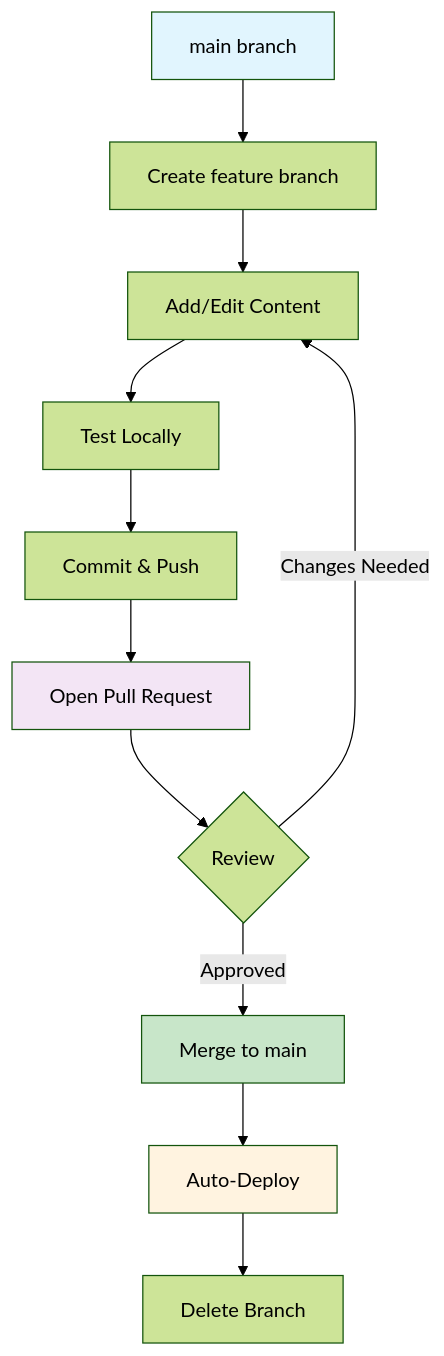
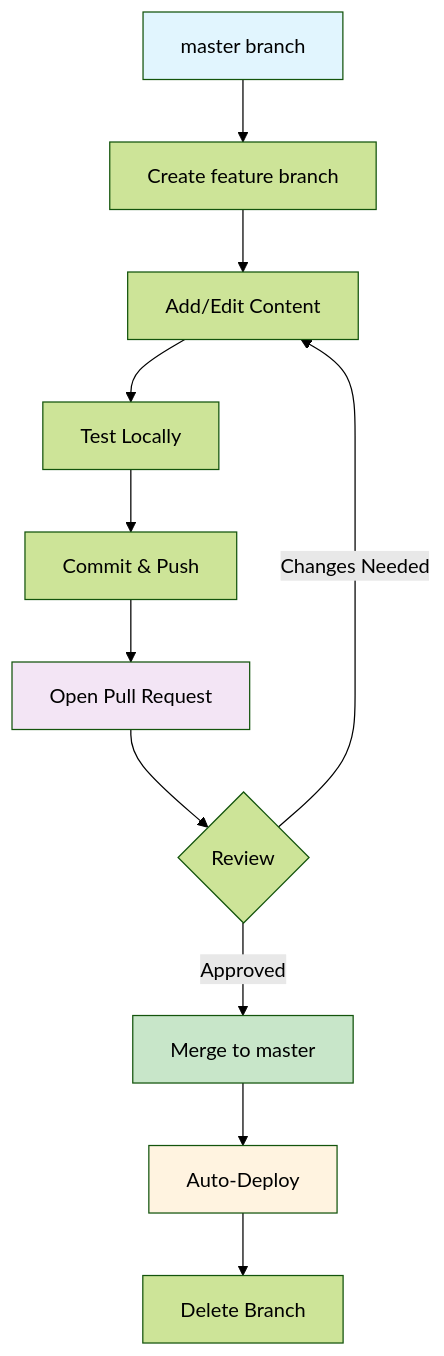
One commit to ECN-Nantrobot/Nantrobot-Knowledge-base changed the diagram in docs/home/Contributing.md. Above: the diagram before and after it, drawn with Mermaid (forest theme). The commit also changed other lines of this file, not shown here.

Commit message:
fix: master instead of main

````diff
--- a/docs/home/Contributing.md
+++ b/docs/home/Contributing.md
@@ -133,18 +133,18 @@
 ```mermaid
 graph TD
-    A[main branch] --> B[Create feature branch]
+    A[master branch] --> B[Create feature branch]
     B --> C[Add/Edit Content]
     C --> D[Test Locally]
     D --> E[Commit & Push]
     E --> F[Open Pull Request]
     F --> G{Review}
-    G -->|Approved| H[Merge to main]
+    G -->|Approved| H[Merge to master]
     G -->|Changes Needed| C
     H --> I[Auto-Deploy]
     I --> J[Delete Branch]
     
     style A fill:#e1f5fe
     style H fill:#c8e6c9
     style I fill:#fff3e0
     style F fill:#f3e5f5
 ```
````
